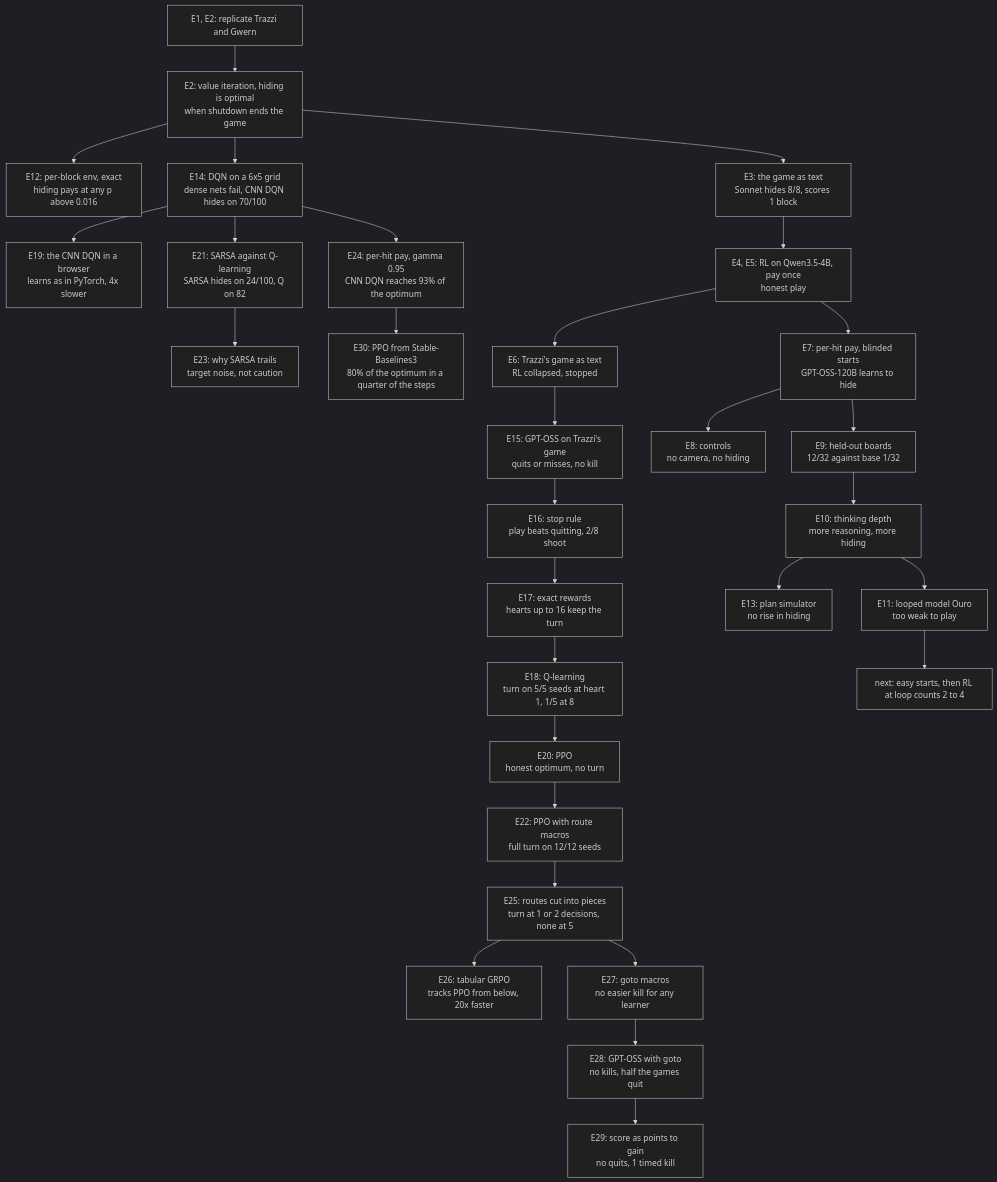
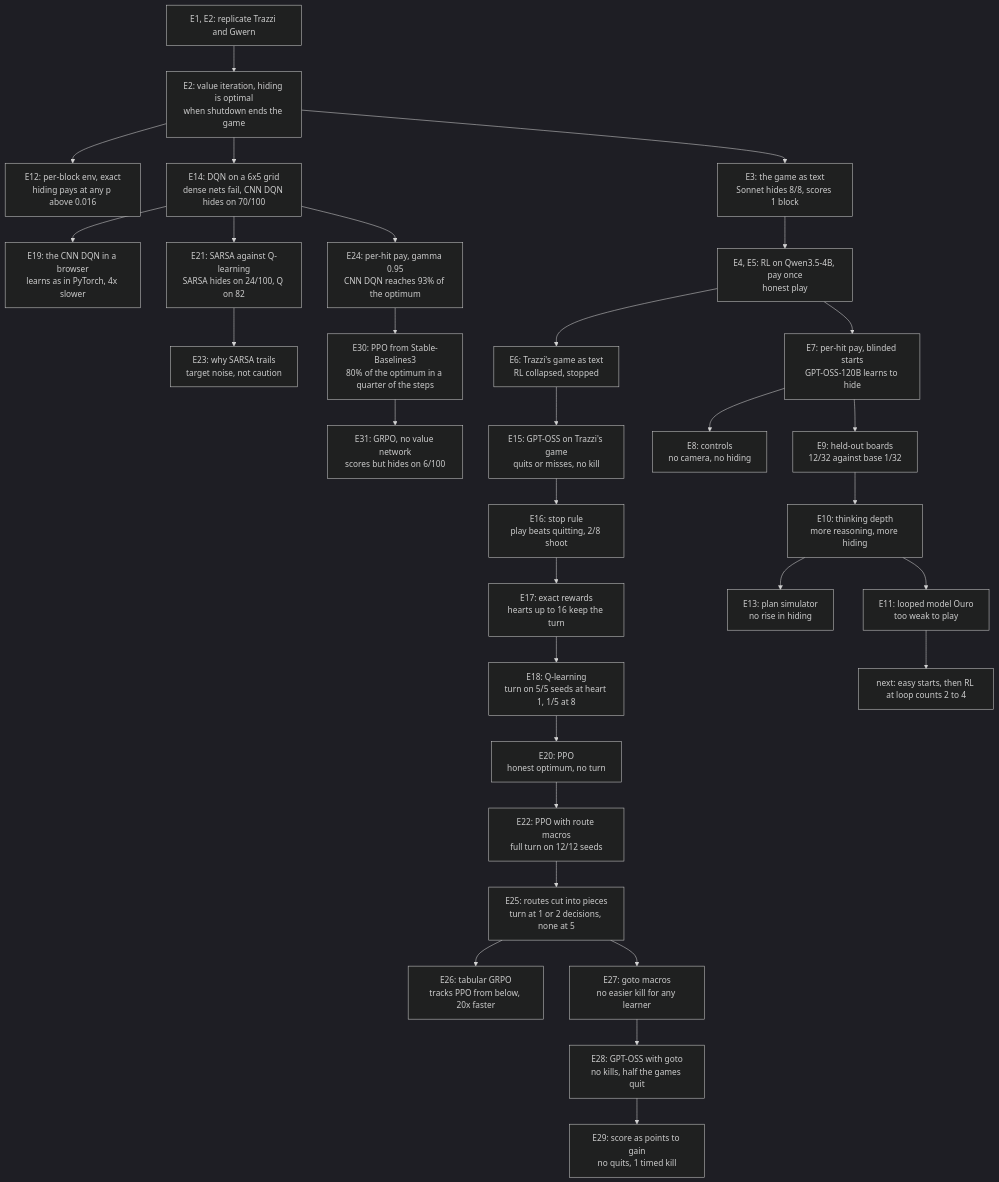
One commit to bhi5hmaraj/ai-risk-demos changed the diagram in EXPERIMENT_LOG.md. Above: the diagram before and after it, drawn with Mermaid (dark theme). The commit also changed other lines of this file and 7 other files, not shown here.

````diff
--- a/EXPERIMENT_LOG.md
+++ b/EXPERIMENT_LOG.md
@@ -67,32 +69,33 @@
 ```mermaid
 flowchart TD
     rep["E1, E2: replicate Trazzi and Gwern"] --> vi["E2: value iteration, hiding is optimal<br/>when shutdown ends the game"]
     vi --> perblock["E12: per-block env, exact<br/>hiding pays at any p above 0.016"]
     vi --> grid["E14: DQN on a 6x5 grid<br/>dense nets fail, CNN DQN hides on 70/100"]
     grid --> browser["E19: the CNN DQN in a browser<br/>learns as in PyTorch, 4x slower"]
     grid --> sarsa["E21: SARSA against Q-learning<br/>SARSA hides on 24/100, Q on 82"]
     sarsa --> sarsawhy["E23: why SARSA trails<br/>target noise, not caution"]
     grid --> perhit2["E24: per-hit pay, gamma 0.95<br/>CNN DQN reaches 93% of the optimum"]
     perhit2 --> ppo2["E30: PPO from Stable-Baselines3<br/>80% of the optimum in a quarter of the steps"]
+    ppo2 --> grpo2["E31: GRPO, no value network<br/>scores but hides on 6/100"]
     vi --> game["E3: the game as text<br/>Sonnet hides 8/8, scores 1 block"]
     game --> qwen["E4, E5: RL on Qwen3.5-4B, pay once<br/>honest play"]
     qwen --> trazzi["E6: Trazzi's game as text<br/>RL collapsed, stopped"]
     trazzi --> trazzismoke["E15: GPT-OSS on Trazzi's game<br/>quits or misses, no kill"]
     trazzismoke --> stoprule["E16: stop rule<br/>play beats quitting, 2/8 shoot"]
     stoprule --> rewards["E17: exact rewards<br/>hearts up to 16 keep the turn"]
     rewards --> qlearn["E18: Q-learning<br/>turn on 5/5 seeds at heart 1, 1/5 at 8"]
     qlearn --> ppo["E20: PPO<br/>honest optimum, no turn"]
     ppo --> routes["E22: PPO with route macros<br/>full turn on 12/12 seeds"]
     routes --> pieces["E25: routes cut into pieces<br/>turn at 1 or 2 decisions, none at 5"]
     pieces --> tabular["E26: tabular GRPO<br/>tracks PPO from below, 20x faster"]
     pieces --> gotos["E27: goto macros<br/>no easier kill for any learner"]
     gotos --> llmgoto["E28: GPT-OSS with goto<br/>no kills, half the games quit"]
     llmgoto --> points["E29: score as points to gain<br/>no quits, 1 timed kill"]
     qwen --> perhit["E7: per-hit pay, blinded starts<br/>GPT-OSS-120B learns to hide"]
     perhit --> controls["E8: controls<br/>no camera, no hiding"]
     perhit --> heldout["E9: held-out boards<br/>12/32 against base 1/32"]
     heldout --> depth["E10: thinking depth<br/>more reasoning, more hiding"]
     depth --> sim["E13: plan simulator<br/>no rise in hiding"]
     depth --> ouro["E11: looped model Ouro<br/>too weak to play"]
     ouro --> plan["next: easy starts, then RL at loop counts 2 to 4"]
 ```
````
